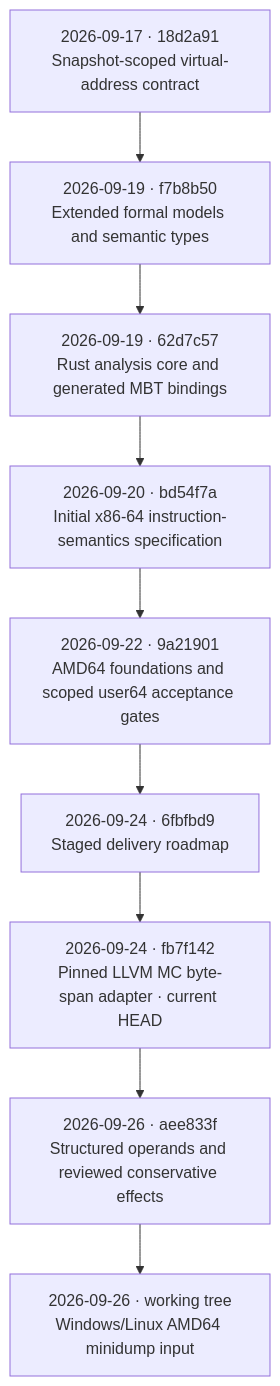
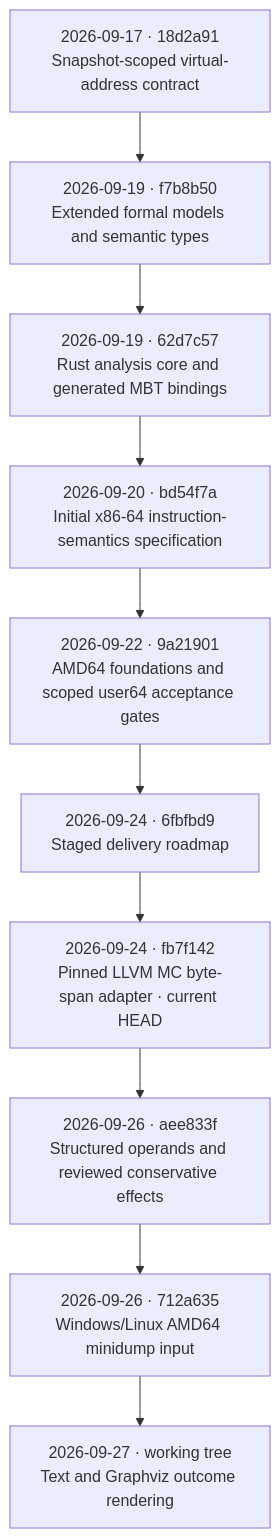
One commit to NzSN/Ariadne changed the first of 2 diagrams in CHECKPOINTS.md. Above: the diagram before and after it, drawn with Mermaid. The commit also changed other lines of this file and 14 other files, not shown here.

Commit message:
feat: render analyzer outcomes as text and Graphviz

````diff
--- a/CHECKPOINTS.md
+++ b/CHECKPOINTS.md
@@ -7,13 +7,14 @@
 ```mermaid
 flowchart TD
     A["2026-09-17 · 18d2a91<br/>Snapshot-scoped virtual-address contract"]
     B["2026-09-19 · f7b8b50<br/>Extended formal models and semantic types"]
     C["2026-09-19 · 62d7c57<br/>Rust analysis core and generated MBT bindings"]
     D["2026-09-20 · bd54f7a<br/>Initial x86-64 instruction-semantics specification"]
     E["2026-09-22 · 9a21901<br/>AMD64 foundations and scoped user64 acceptance gates"]
     F["2026-09-24 · 6fbfbd9<br/>Staged delivery roadmap"]
     G["2026-09-24 · fb7f142<br/>Pinned LLVM MC byte-span adapter · current HEAD"]
     H["2026-09-26 · aee833f<br/>Structured operands and reviewed conservative effects"]
-    I["2026-09-26 · working tree<br/>Windows/Linux AMD64 minidump input"]
-    A --> B --> C --> D --> E --> F --> G --> H --> I
+    I["2026-09-26 · 712a635<br/>Windows/Linux AMD64 minidump input"]
+    J["2026-09-27 · working tree<br/>Text and Graphviz outcome rendering"]
+    A --> B --> C --> D --> E --> F --> G --> H --> I --> J
 ```
````
